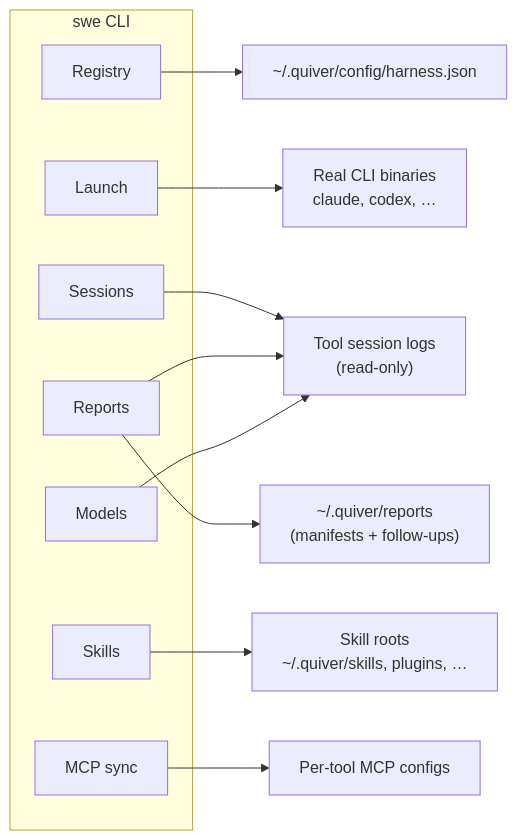
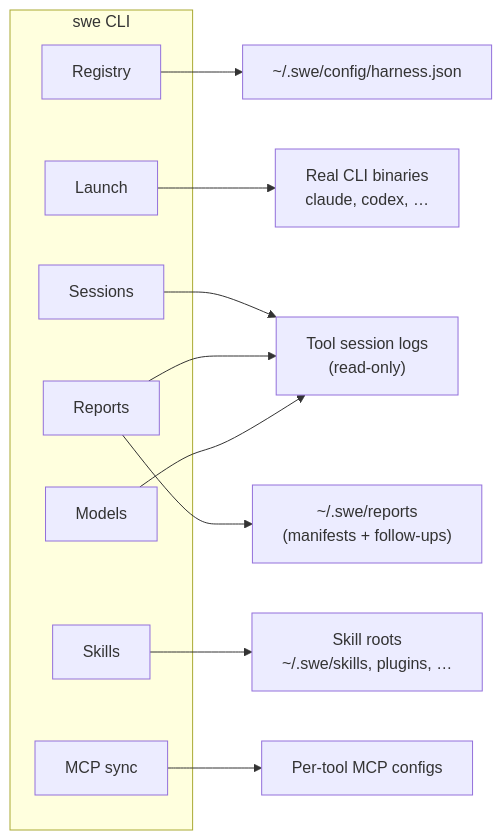
Before and after one commit to c-wenlong/quiver: the diagram in README.md, drawn with Mermaid. The commit also changed other lines of this file and 333 other files, not shown here.

First line of the commit message:
Migrate ~/.quiver to ~/.swe on first run

````diff
--- a/README.md
+++ b/README.md
@@ -443,21 +443,21 @@
 ```mermaid
 flowchart LR
   subgraph swe["swe CLI"]
     R[Registry]
     L[Launch]
     S[Sessions]
     RP[Reports]
     M[Models]
     K[Skills]
     P[MCP sync]
   end
 
-  R --> TJ["~/.quiver/config/harness.json"]
+  R --> TJ["~/.swe/config/harness.json"]
   S --> Logs["Tool session logs\n(read-only)"]
   RP --> Logs
-  RP --> Reports["~/.quiver/reports\n(manifests + follow-ups)"]
+  RP --> Reports["~/.swe/reports\n(manifests + follow-ups)"]
   M --> Logs
-  K --> Roots["Skill roots\n~/.quiver/skills, plugins, …"]
+  K --> Roots["Skill roots\n~/.swe/skills, plugins, …"]
   P --> MCP["Per-tool MCP configs"]
   L --> Bin["Real CLI binaries\nclaude, codex, …"]
 ```
````
